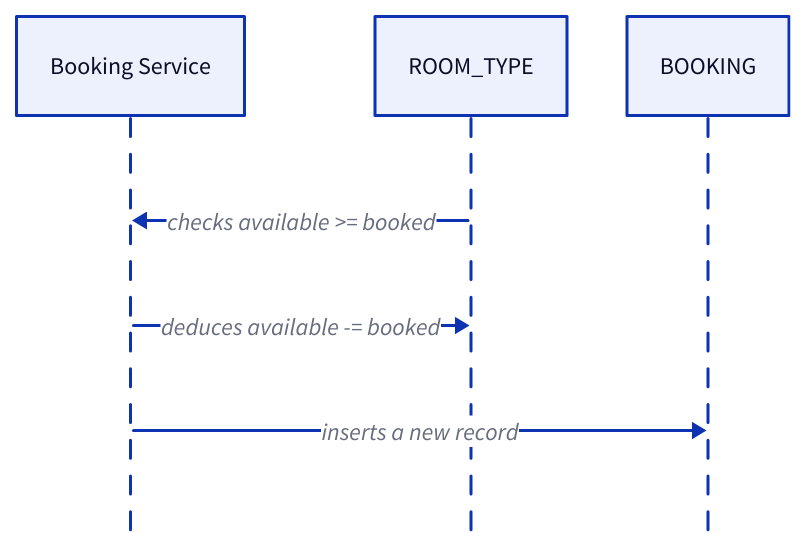
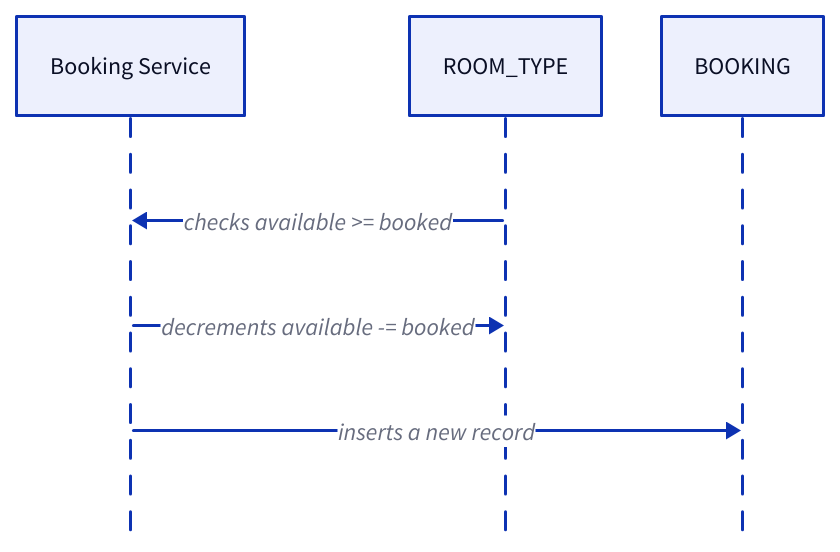
The eighth of 16 diagrams in content/practices/booking-system/_index.md (link1905/system-design-101), drawn with D2 before and after one commit. The commit also changed other lines of this file and 42 other files, not shown here.

````diff
--- a/content/practices/booking-system/_index.md
+++ b/content/practices/booking-system/_index.md
@@ -254,11 +256,11 @@
 ```d2
 shape: sequence_diagram
 s: Booking Service {
   class: server
 }
 r: ROOM_TYPE
 b: BOOKING
 s <- r: checks available >= booked
-s -> r: deduces available -= booked
+s -> r: decrements available -= booked
 s -> b: inserts a new record
 ```
````
